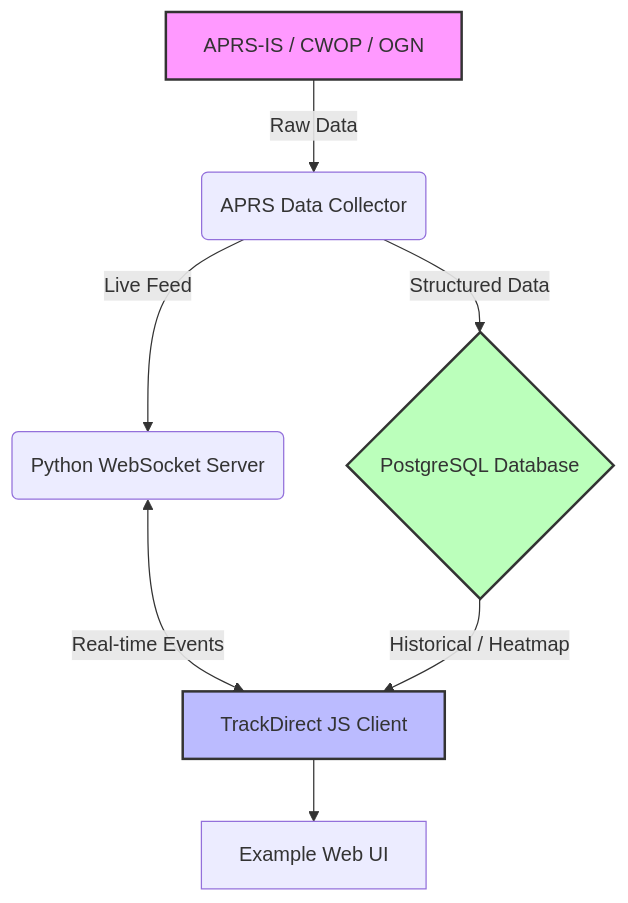
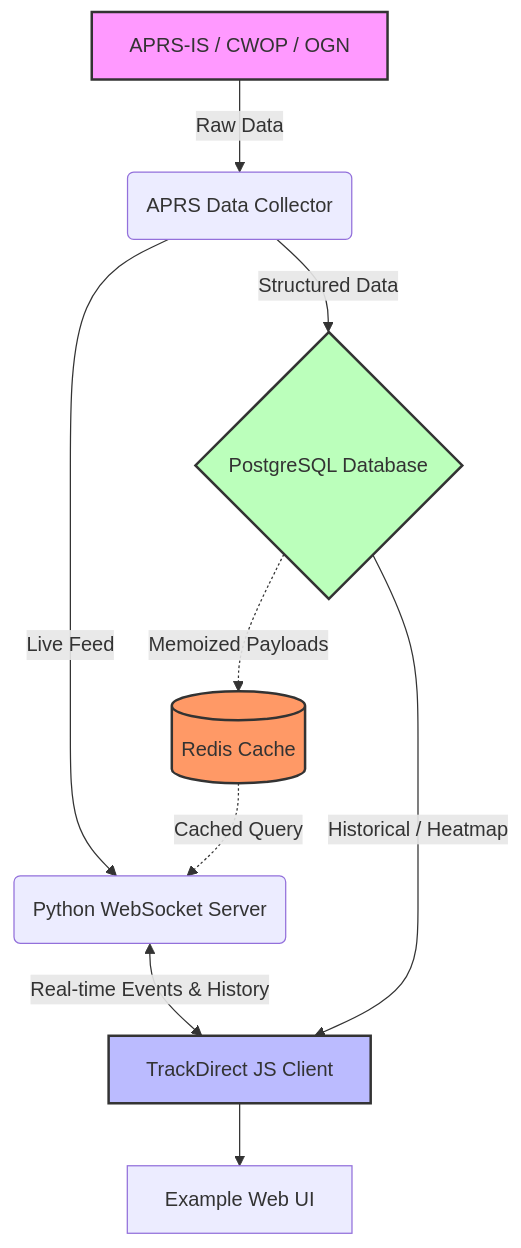
The diagram in README.md (9M2PJU/trackdirect), drawn with Mermaid before and after one commit. The commit also changed other lines of this file and 8 other files, not shown here.

Commit message:
Introduce Redis Docker service and HistoryResponseCreator backend query memoization array capabilities

````diff
--- a/README.md
+++ b/README.md
@@ -36,13 +36,16 @@
 ```mermaid
 graph TD
     A[APRS-IS / CWOP / OGN] -->|Raw Data| B(APRS Data Collector)
     B -->|Structured Data| C{PostgreSQL Database}
     B -->|Live Feed| D(Python WebSocket Server)
-    D <-->|Real-time Events| E[TrackDirect JS Client]
+    C -.->|Memoized Payloads| R[(Redis Cache)]
+    R -.->|Cached Query| D
+    D <-->|Real-time Events & History| E[TrackDirect JS Client]
     C -->|Historical / Heatmap| E
     E --> F[Example Web UI]
     
     style A fill:#f9f,stroke:#333,stroke-width:2px
     style E fill:#bbf,stroke:#333,stroke-width:2px
     style C fill:#bfb,stroke:#333,stroke-width:2px
+    style R fill:#f96,stroke:#333,stroke-width:2px
 ```
````
